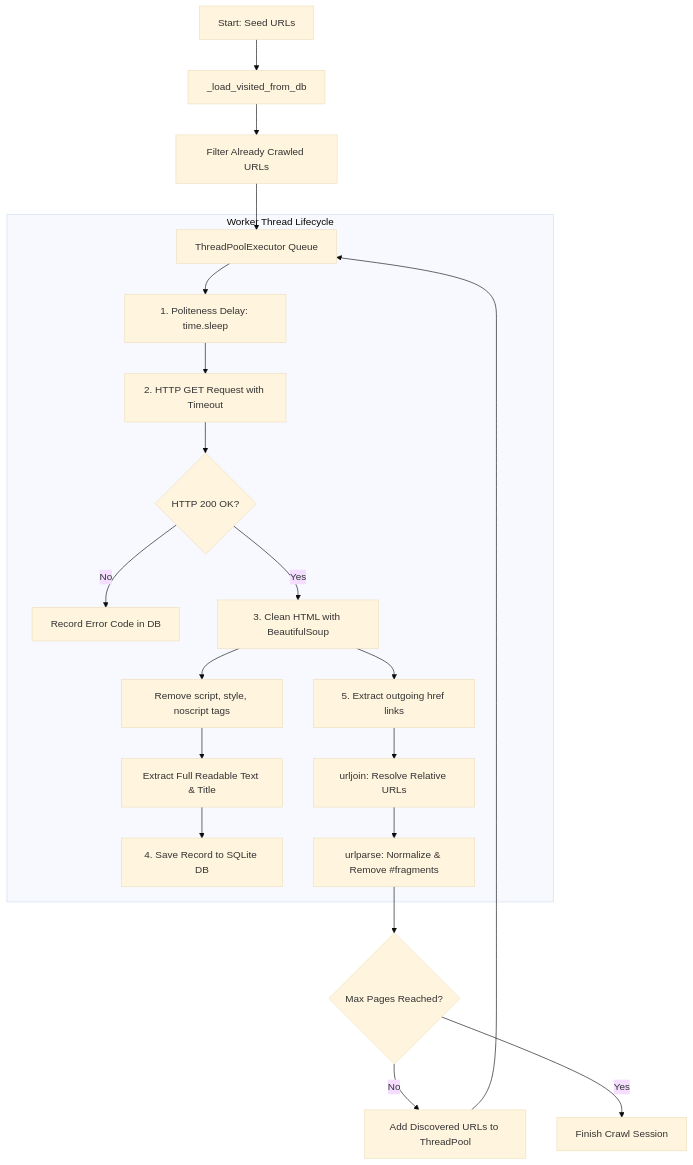
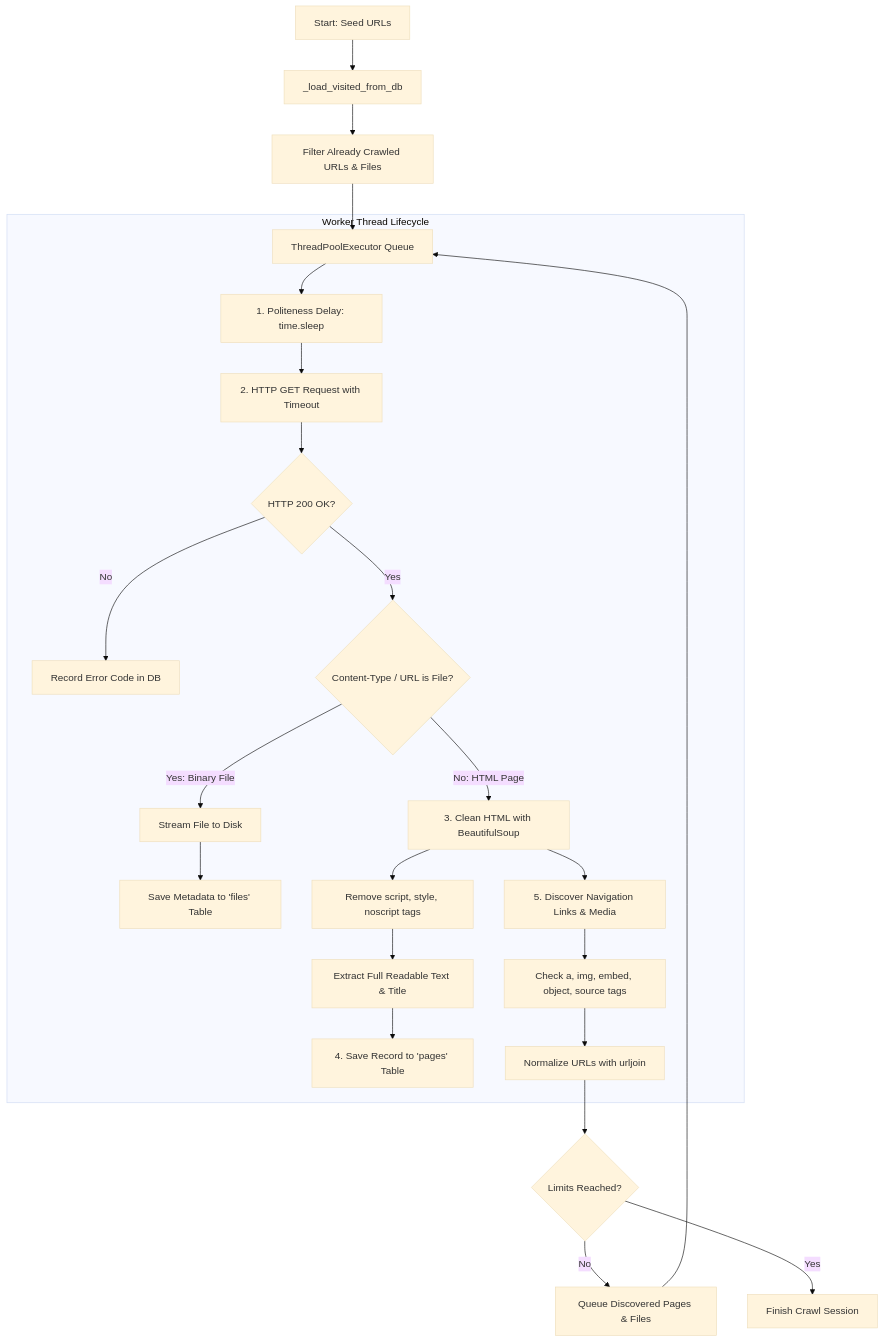
One commit to nikhilgajam/Python-Projects changed the diagram in Web Crawler Project/README.md. Above: the diagram before and after it, drawn with Mermaid (base theme). The commit also changed other lines of this file and 2 other files, not shown here.

````diff
--- a/Web Crawler Project/README.md
+++ b/Web Crawler Project/README.md
@@ -23,25 +27,30 @@
 ```mermaid
 flowchart TD
     A[Start: Seed URLs] --> B[_load_visited_from_db]
-    B --> C[Filter Already Crawled URLs]
+    B --> C[Filter Already Crawled URLs & Files]
     C --> D[ThreadPoolExecutor Queue]
     
     subgraph Worker Thread [Worker Thread Lifecycle]
         D --> E[1. Politeness Delay: time.sleep]
         E --> F[2. HTTP GET Request with Timeout]
         F --> G{HTTP 200 OK?}
         G -- No --> H[Record Error Code in DB]
-        G -- Yes --> I[3. Clean HTML with BeautifulSoup]
-        I --> J[Remove script, style, noscript tags]
-        J --> K[Extract Full Readable Text & Title]
-        K --> L[4. Save Record to SQLite DB]
-        I --> M[5. Extract outgoing href links]
-        M --> N[urljoin: Resolve Relative URLs]
-        N --> O[urlparse: Normalize & Remove #fragments]
+        G -- Yes --> I{Content-Type / URL is File?}
+        
+        I -- Yes: Binary File --> J[Stream File to Disk]
+        J --> K[Save Metadata to 'files' Table]
+        
+        I -- No: HTML Page --> L[3. Clean HTML with BeautifulSoup]
+        L --> M[Remove script, style, noscript tags]
+        M --> N[Extract Full Readable Text & Title]
+        N --> O[4. Save Record to 'pages' Table]
+        L --> P[5. Discover Navigation Links & Media]
+        P --> Q[Check a, img, embed, object, source tags]
+        Q --> R[Normalize URLs with urljoin]
     end
 
-    O --> P{Max Pages Reached?}
-    P -- No --> Q[Add Discovered URLs to ThreadPool]
-    Q --> D
-    P -- Yes --> R[Finish Crawl Session]
+    R --> S{Limits Reached?}
+    S -- No --> T[Queue Discovered Pages & Files]
+    T --> D
+    S -- Yes --> U[Finish Crawl Session]
 ```
````
